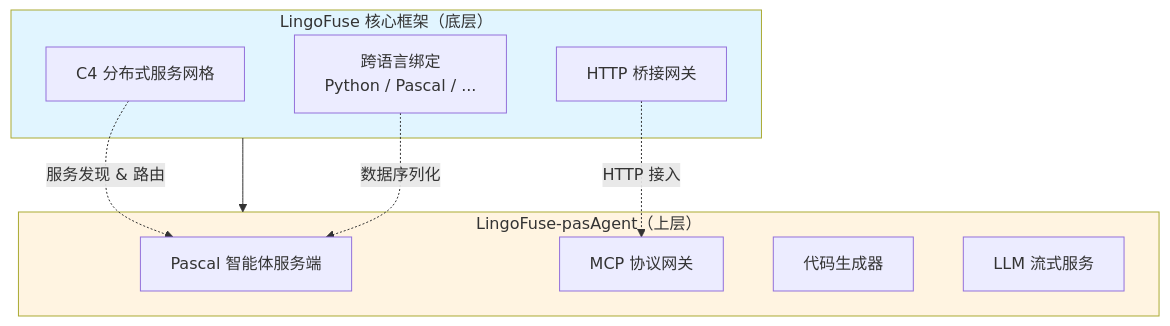
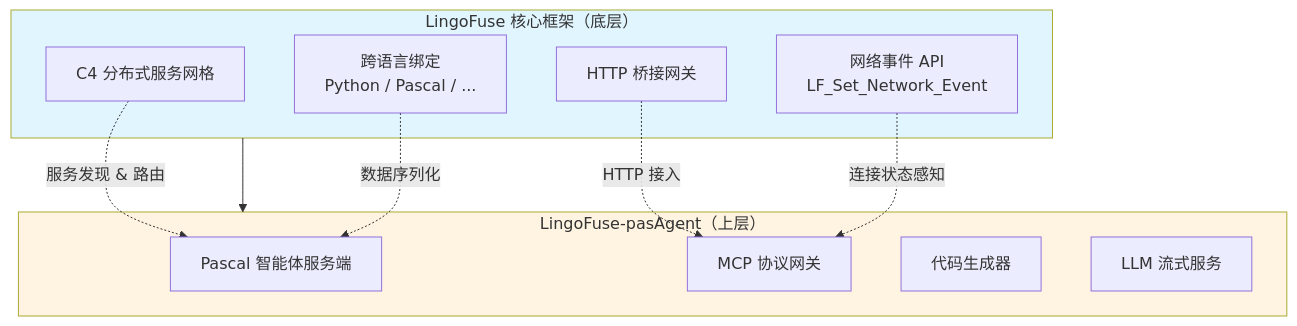
One commit to PassByYou888/LingoFuse changed the first of 20 diagrams in Py/LingoFuse_Python_Binding_Migration_Record.md. Above: the diagram before and after it, drawn with Mermaid. The commit also changed other lines of this file, not shown here.

````diff
--- a/Py/LingoFuse_Python_Binding_Migration_Record.md
+++ b/Py/LingoFuse_Python_Binding_Migration_Record.md
@@ -35,23 +40,25 @@
 ```mermaid
 graph TB
     subgraph Core["LingoFuse 核心框架（底层）"]
         C4["C4 分布式服务网格"]
         Binding["跨语言绑定<br/>Python / Pascal / ..."]
         Bridge["HTTP 桥接网关"]
+        NetEvent["网络事件 API<br/>LF_Set_Network_Event"]
     end
 
     subgraph Agent["LingoFuse-pasAgent（上层）"]
         PasBackend["Pascal 智能体服务端"]
         MCPGateway["MCP 协议网关"]
         CodeGen["代码生成器"]
         LLMService["LLM 流式服务"]
     end
 
     Core --> Agent
     C4 -.->|服务发现 & 路由| PasBackend
     Binding -.->|数据序列化| PasBackend
     Bridge -.->|HTTP 接入| MCPGateway
+    NetEvent -.->|连接状态感知| MCPGateway
 
     style Core fill:#e1f5ff
     style Agent fill:#fff4e1
 ```
````
